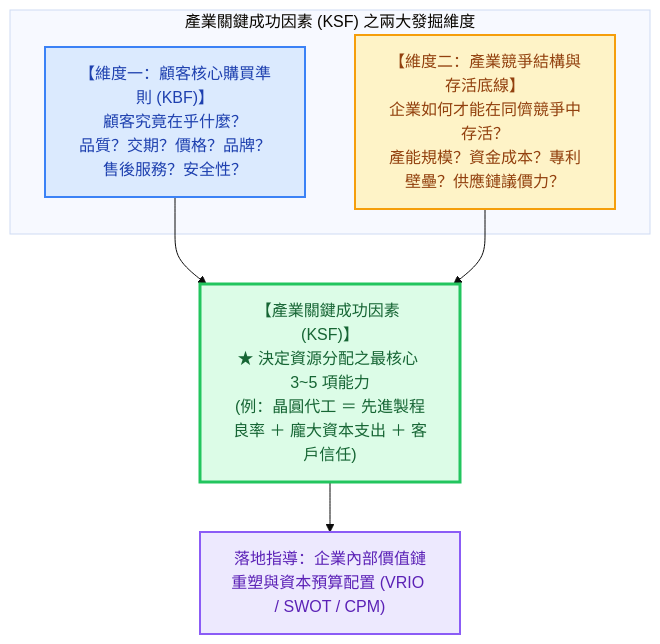
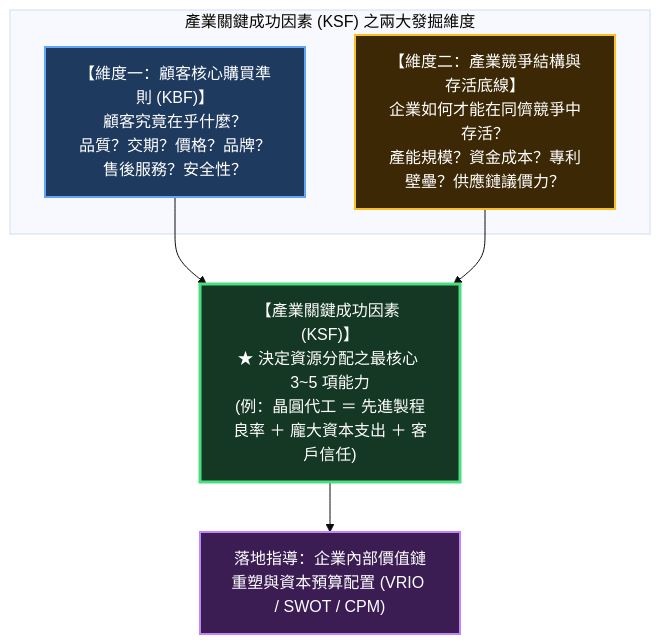
One commit to Jimlin0428/my-digital-garden changed the diagram in src/site/notes/98_商業概念庫/key-success-factors-ksf_關鍵成功因素.md. Above: the diagram before and after it, drawn with Mermaid (base theme). The commit also changed 58 other files, not shown here.

````diff
--- a/src/site/notes/98_商業概念庫/key-success-factors-ksf_關鍵成功因素.md
+++ b/src/site/notes/98_商業概念庫/key-success-factors-ksf_關鍵成功因素.md
@@ -20,18 +20,18 @@
 ```mermaid
 flowchart TD
     subgraph KSF_Origin ["產業關鍵成功因素 (KSF) 之兩大發掘維度"]
         Demand["【維度一：顧客核心購買準則 (KBF)】<br>顧客究竟在乎什麼？<br>品質？交期？價格？品牌？售後服務？安全性？"]
         
         Competition["【維度二：產業競爭結構與存活底線】<br>企業如何才能在同儕競爭中存活？<br>產能規模？資金成本？專利壁壘？供應鏈議價力？"]
     end
 
     Demand --> KSF["【產業關鍵成功因素 (KSF)】<br>★ 決定資源分配之最核心 3~5 項能力<br>(例：晶圓代工 ＝ 先進製程良率 ＋ 龐大資本支出 ＋ 客戶信任)"]
     Competition --> KSF
     
     KSF --> Strategy["落地指導：企業內部價值鏈重塑與資本預算配置 (VRIO / SWOT / CPM)"]
 
-    style Demand fill:#dbeafe,stroke:#3b82f6,stroke-width:2px,color:#1e40af
-    style Competition fill:#fef3c7,stroke:#f59e0b,stroke-width:2px,color:#92400e
-    style KSF fill:#dcfce7,stroke:#22c55e,stroke-width:3px,color:#166534
-    style Strategy fill:#ede9fe,stroke:#8b5cf6,stroke-width:2px,color:#5b21b6
+    style Demand fill:#1e3a5f,stroke:#60a5fa,stroke-width:2px,color:#ffffff
+    style Competition fill:#3d2806,stroke:#fbbf24,stroke-width:2px,color:#ffffff
+    style KSF fill:#143823,stroke:#4ade80,stroke-width:3px,color:#ffffff
+    style Strategy fill:#3b1d54,stroke:#c084fc,stroke-width:2px,color:#ffffff
 ```
````
